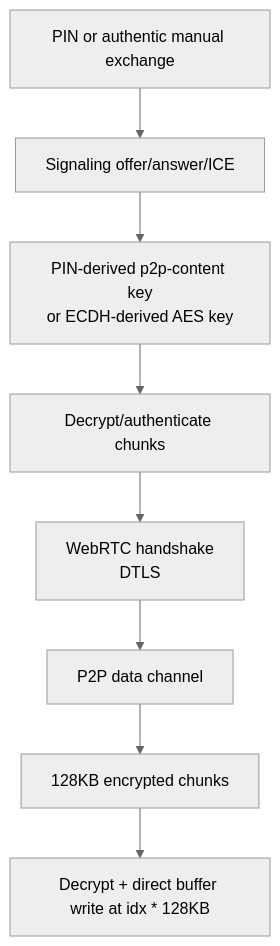
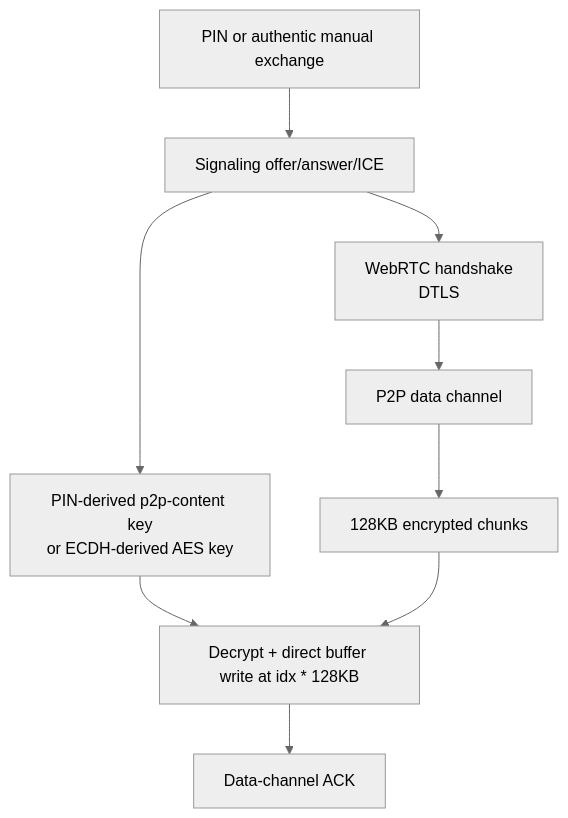
One commit to andrewtheguy/secure-send-web changed the fourth of 4 diagrams in docs/ARCHITECTURE.md. Above: the diagram before and after it, drawn with Mermaid (neutral theme). The commit also changed other lines of this file and 7 other files, not shown here.

Commit message:
feat: update documentation and code comments for clarity on WebRTC data-channel protocol and ACK handling

````diff
--- a/docs/ARCHITECTURE.md
+++ b/docs/ARCHITECTURE.md
@@ -457,10 +476,11 @@
 ```mermaid
 flowchart TD
     Secret[PIN or authentic manual exchange] --> Signaling[Signaling offer/answer/ICE]
     Signaling --> Key[PIN-derived p2p-content key<br/>or ECDH-derived AES key]
-    Key --> Decrypt[Decrypt/authenticate chunks]
-    Decrypt --> DTLS[WebRTC handshake<br/>DTLS]
+    Signaling --> DTLS[WebRTC handshake<br/>DTLS]
     DTLS --> Channel[P2P data channel]
     Channel --> Chunks[128KB encrypted chunks]
-    Chunks --> Write[Decrypt + direct buffer write at idx * 128KB]
+    Key --> Write[Decrypt + direct buffer write at idx * 128KB]
+    Chunks --> Write
+    Write --> Ack[Data-channel ACK]
 ```
````
